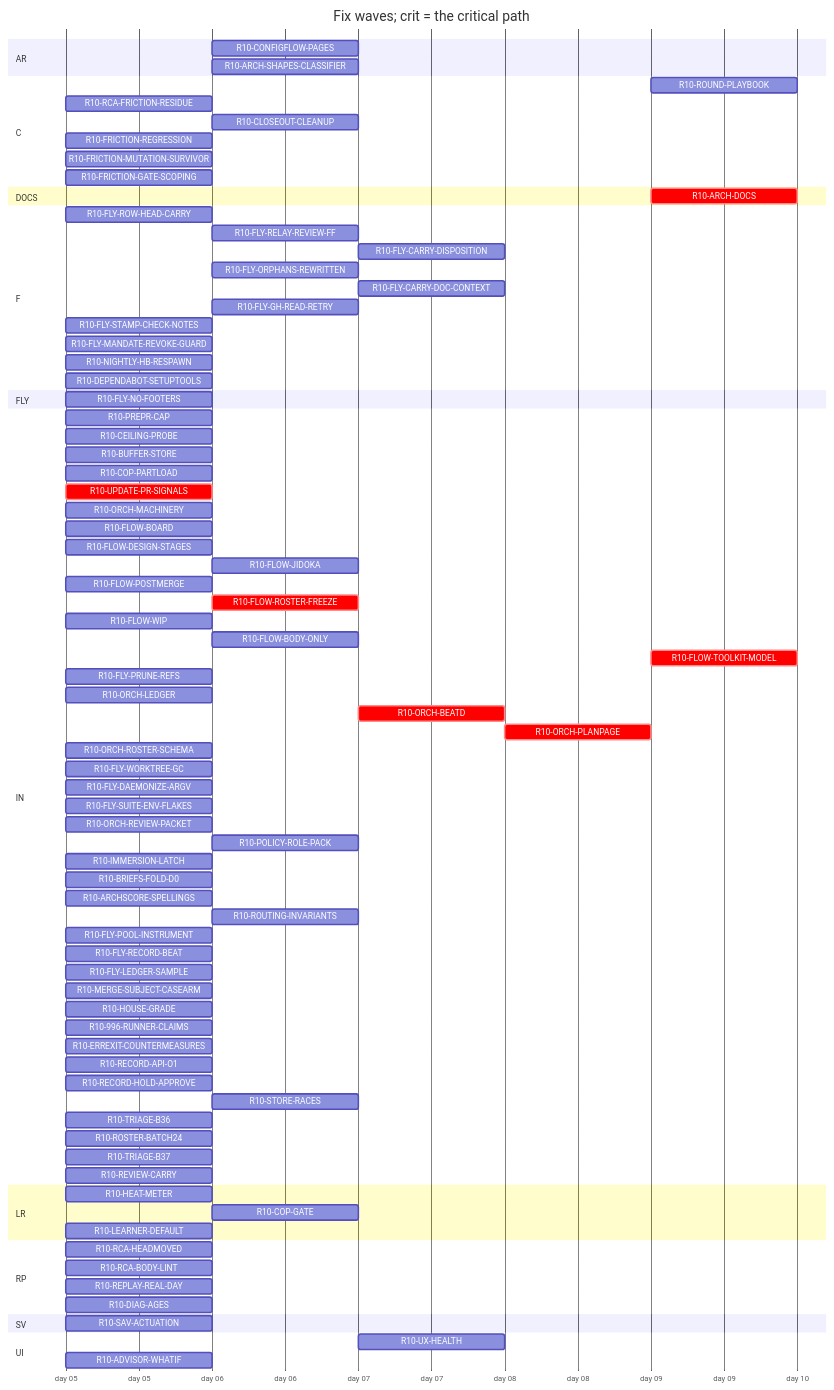
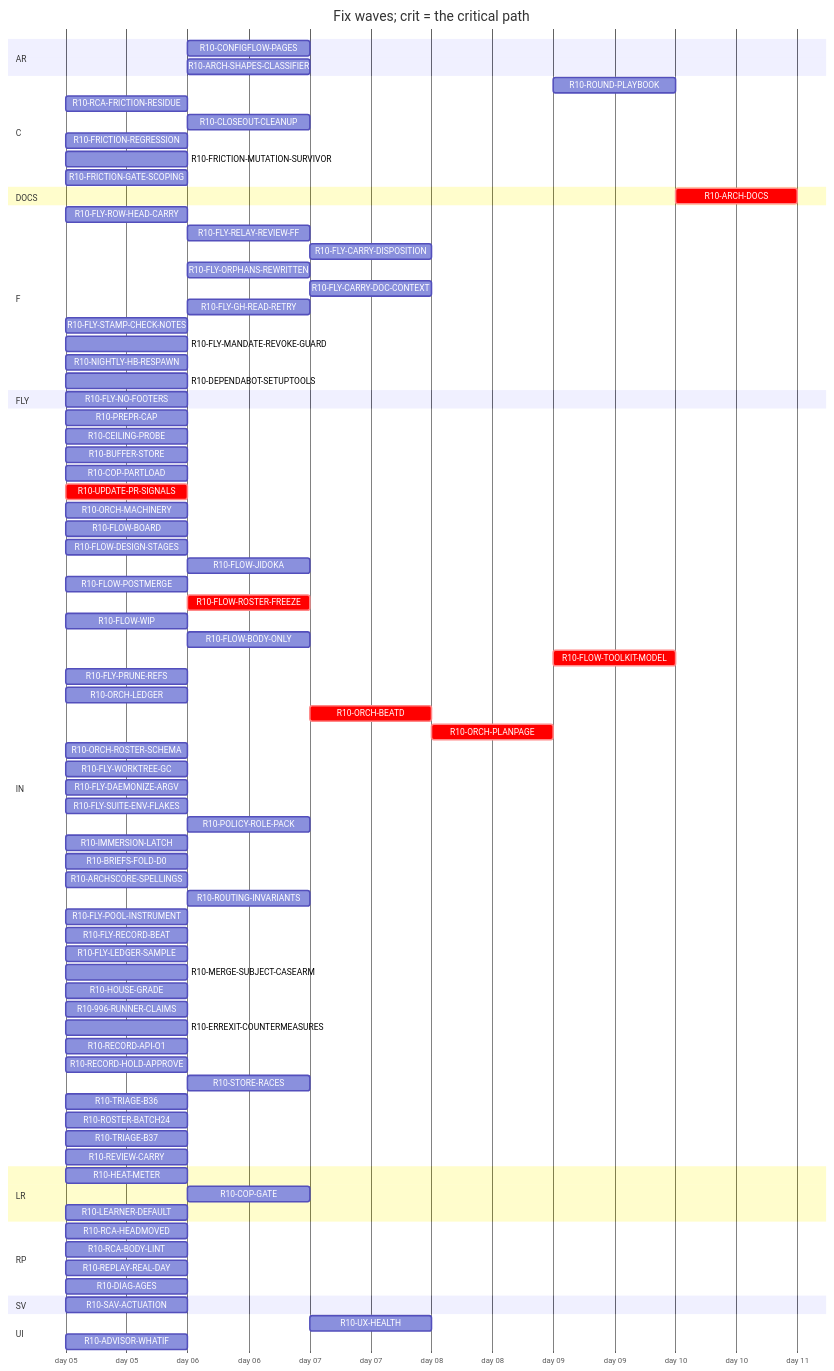
One commit to tvofi/heatpump_optimizer changed the diagram in handoff/round10/state/PLAN-TABLE.md. Above: the diagram before and after it, drawn with Mermaid. The commit also changed other lines of this file and 2 other files, not shown here.

```diff
--- a/handoff/round10/state/PLAN-TABLE.md
+++ b/handoff/round10/state/PLAN-TABLE.md
@@ -36,7 +36,7 @@
     R10-FRICTION-MUTATION-SURVIVOR :r10FRICTIONMUTATIONSURVIVOR, 2026-01-05, 1d
     R10-FRICTION-GATE-SCOPING :r10FRICTIONGATESCOPING, 2026-01-05, 1d
   section DOCS
-    R10-ARCH-DOCS :crit, r10ARCHDOCS, after r10HEATMETER r10COPGATE r10UXHEALTH r10CONFIGFLOWPAGES r10RCAHEADMOVED r10CEILINGPROBE r10BUFFERSTORE r10COPPARTLOAD r10UPDATEPRSIGNALS r10LEARNERDEFAULT r10FLOWBOARD r10FLOWDESIGNSTAGES r10FLOWJIDOKA r10FLOWPOSTMERGE r10FLOWROSTERFREEZE r10FLOWWIP r10FLOWBODYONLY r10FLYROWHEADCARRY r10FLYRELAYREVIEWFF r10FLYCARRYDISPOSITION r10FLYORPHANSREWRITTEN r10FLYCARRYDOCCONTEXT r10FLOWTOOLKITMODEL r10FLYSTAMPCHECKNOTES r10FLYMANDATEREVOKEGUARD r10RCAFRICTIONRESIDUE r10NIGHTLYHBRESPAWN r10FLYPRUNEREFS r10ORCHLEDGER r10ORCHBEATD r10ORCHPLANPAGE r10ORCHROSTERSCHEMA r10FLYWORKTREEGC r10FLYDAEMONIZEARGV r10ORCHREVIEWPACKET r10POLICYROLEPACK r10IMMERSIONLATCH r10BRIEFSFOLDD0 r10REPLAYREALDAY r10ARCHSCORESPELLINGS r10SAVACTUATION r10FLYLEDGERSAMPLE, 1d
+    R10-ARCH-DOCS :crit, r10ARCHDOCS, after r10HEATMETER r10COPGATE r10UXHEALTH r10CONFIGFLOWPAGES r10RCAHEADMOVED r10CEILINGPROBE r10BUFFERSTORE r10COPPARTLOAD r10UPDATEPRSIGNALS r10LEARNERDEFAULT r10FLOWBOARD r10FLOWDESIGNSTAGES r10FLOWJIDOKA r10FLOWPOSTMERGE r10FLOWROSTERFREEZE r10FLOWWIP r10FLOWBODYONLY r10FLYROWHEADCARRY r10FLYRELAYREVIEWFF r10FLYCARRYDISPOSITION r10FLYORPHANSREWRITTEN r10FLYCARRYDOCCONTEXT r10FLOWTOOLKITMODEL r10FLYSTAMPCHECKNOTES r10FLYMANDATEREVOKEGUARD r10RCAFRICTIONRESIDUE r10NIGHTLYHBRESPAWN r10FLYPRUNEREFS r10ORCHLEDGER r10ORCHBEATD r10ORCHPLANPAGE r10ORCHROSTERSCHEMA r10FLYWORKTREEGC r10FLYDAEMONIZEARGV r10POLICYROLEPACK r10IMMERSIONLATCH r10BRIEFSFOLDD0 r10REPLAYREALDAY r10ARCHSCORESPELLINGS r10SAVACTUATION r10FLYLEDGERSAMPLE, 1d
   section F
     R10-FLY-ROW-HEAD-CARRY :r10FLYROWHEADCARRY, 2026-01-05, 1d
     R10-FLY-RELAY-REVIEW-FF :r10FLYRELAYREVIEWFF, after r10UPDATEPRSIGNALS, 1d
@@ -67,13 +67,12 @@
     R10-FLOW-TOOLKIT-MODEL :crit, r10FLOWTOOLKITMODEL, after r10ORCHPLANPAGE, 1d
     R10-FLY-PRUNE-REFS :r10FLYPRUNEREFS, 2026-01-05, 1d
     R10-ORCH-LEDGER :r10ORCHLEDGER, 2026-01-05, 1d
-    R10-ORCH-BEATD :crit, r10ORCHBEATD, after r10ORCHREVIEWPACKET r10FLOWROSTERFREEZE, 1d
+    R10-ORCH-BEATD :crit, r10ORCHBEATD, after r10FLOWROSTERFREEZE, 1d
     R10-ORCH-PLANPAGE :crit, r10ORCHPLANPAGE, after r10ORCHBEATD, 1d
     R10-ORCH-ROSTER-SCHEMA :r10ORCHROSTERSCHEMA, 2026-01-05, 1d
     R10-FLY-WORKTREE-GC :r10FLYWORKTREEGC, 2026-01-05, 1d
     R10-FLY-DAEMONIZE-ARGV :r10FLYDAEMONIZEARGV, 2026-01-05, 1d
     R10-FLY-SUITE-ENV-FLAKES :r10FLYSUITEENVFLAKES, 2026-01-05, 1d
-    R10-ORCH-REVIEW-PACKET :r10ORCHREVIEWPACKET, 2026-01-05, 1d
     R10-POLICY-ROLE-PACK :r10POLICYROLEPACK, after r10FLOWDESIGNSTAGES, 1d
     R10-IMMERSION-LATCH :r10IMMERSIONLATCH, 2026-01-05, 1d
     R10-BRIEFS-FOLD-D0 :r10BRIEFSFOLDD0, 2026-01-05, 1d
```
